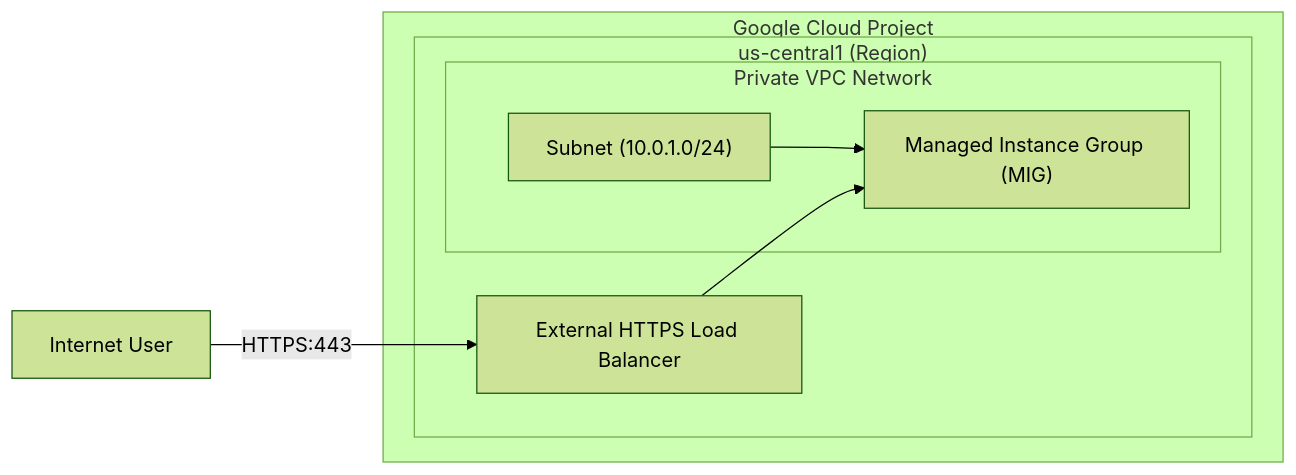
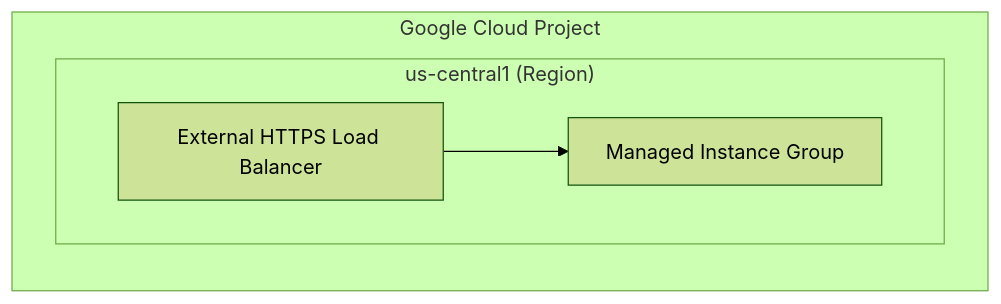
One commit to avnit/ce-skills changed the diagram in .agents/skills/creating_gcp_diagrams/SKILL.md. Above: the diagram before and after it, drawn with Mermaid (forest theme). The commit also changed other lines of this file, not shown here.

Commit message:
chore: Enhance creating_gcp_diagrams path portability and complete compliance re-verification

````diff
--- a/.agents/skills/creating_gcp_diagrams/SKILL.md
+++ b/.agents/skills/creating_gcp_diagrams/SKILL.md
@@ -22,13 +37,8 @@
 ```mermaid
 graph LR
     subgraph Project ["Google Cloud Project"]
         subgraph Region ["us-central1 (Region)"]
-            LB["External HTTPS Load Balancer"]
-            subgraph PrivateVPC ["Private VPC Network"]
-                Subnet["Subnet (10.0.1.0/24)"] --> MIG["Managed Instance Group (MIG)"]
-            end
-            LB --> MIG
+            LB["External HTTPS Load Balancer"] --> MIG["Managed Instance Group"]
         end
     end
-    User["Internet User"] -->|HTTPS:443| LB
 ```
````
